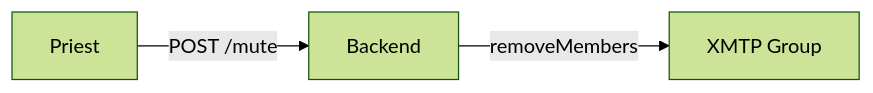
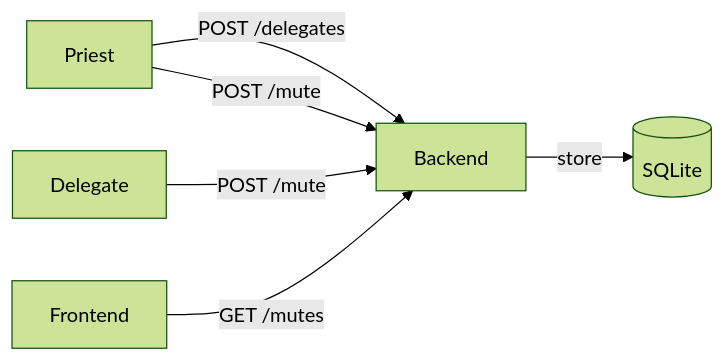
One commit to templ-fun/evm-protocol changed the fourth of 7 diagrams in CORE_FLOW_DOCS.MD. Above: the diagram before and after it, drawn with Mermaid (forest theme). The commit also changed other lines of this file and 4 other files, not shown here.

Commit message:
feat: delegate mute power

````diff
--- a/CORE_FLOW_DOCS.MD
+++ b/CORE_FLOW_DOCS.MD
@@ -31,5 +31,8 @@
 ```mermaid
 flowchart LR
-    P[Priest] -->|POST /mute| B[Backend]
-    B -->|removeMembers| X[XMTP Group]
+    P[Priest] -->|POST /delegates| B[Backend]
+    P -->|POST /mute| B
+    M[Delegate] -->|POST /mute| B
+    F[Frontend] -->|GET /mutes| B
+    B -->|store| D[(SQLite)]
 ```
````
